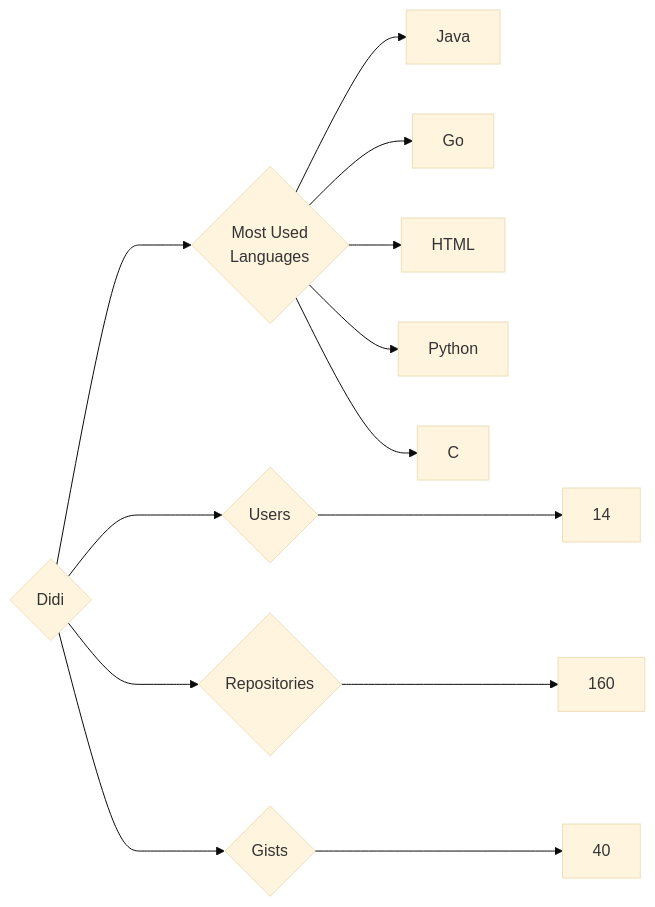
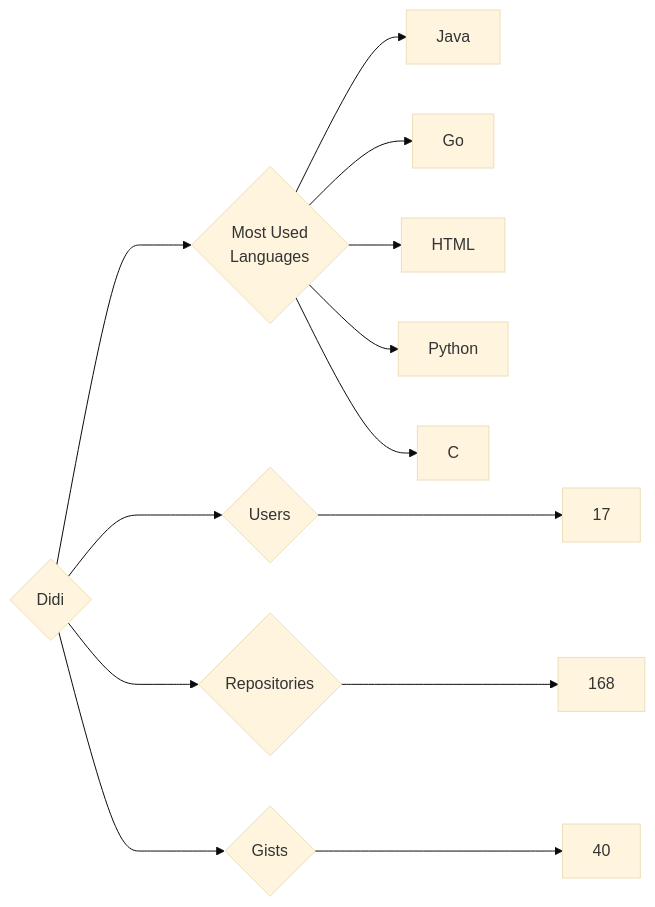
Before and after one commit to trickest/insiders: the diagram in targets/Didi/README.md, drawn with Mermaid (base theme). The commit also changed 860 other files, not shown here.

````diff
--- a/targets/Didi/README.md
+++ b/targets/Didi/README.md
@@ -3,13 +3,13 @@
 ```mermaid
 graph LR
 COMPANY_NAME{Didi}
-COMPANY_NAME ---> U{Users} ---> UN[14]
-COMPANY_NAME ---> R{Repositories} ---> RN[160]
+COMPANY_NAME ---> U{Users} ---> UN[17]
+COMPANY_NAME ---> R{Repositories} ---> RN[168]
 COMPANY_NAME ---> G{Gists} ---> GN[40]
 COMPANY_NAME ---> ML{Most Used<br>Languages}
 ML --> Java[Java]
 ML --> Go[Go]
 ML --> HTML[HTML]
 ML --> Python[Python]
 ML --> C[C]
 ```
````
